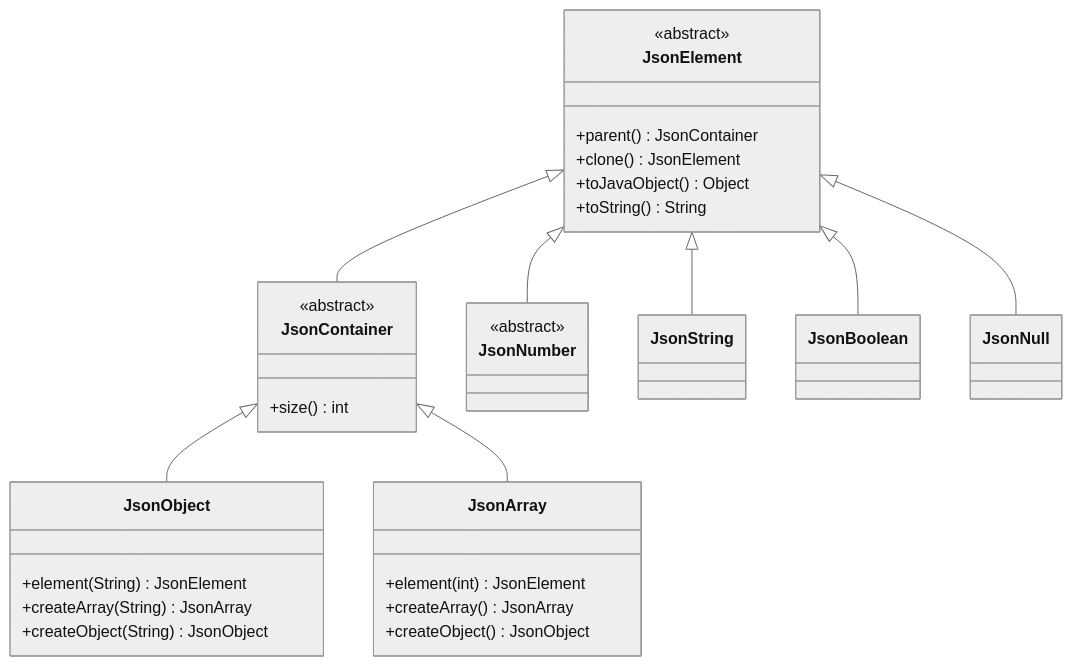
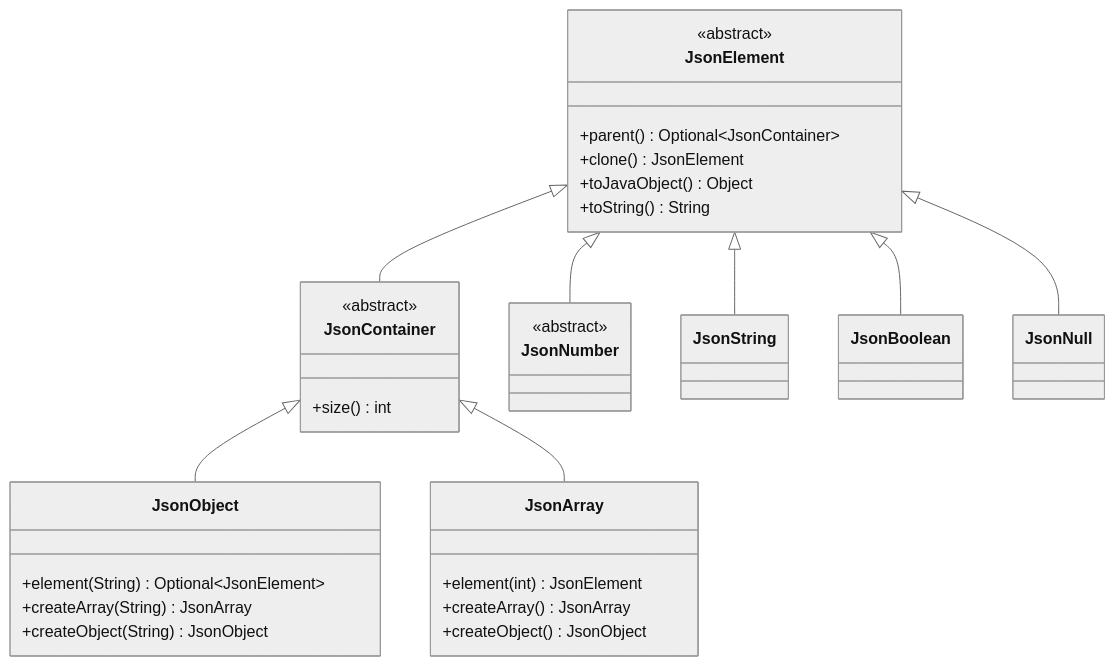
One commit to kniazkov/json changed the first of 5 diagrams in docs/public-api.md. Above: the diagram before and after it, drawn with Mermaid (neutral theme). The commit also changed other lines of this file and 45 other files, not shown here.

````diff
--- a/docs/public-api.md
+++ b/docs/public-api.md
@@ -15,35 +15,35 @@
 ```mermaid
 classDiagram
     direction TB
     class JsonElement {
         <<abstract>>
-        +parent() JsonContainer
+        +parent() Optional~JsonContainer~
         +clone() JsonElement
         +toJavaObject() Object
         +toString() String
     }
     class JsonContainer {
         <<abstract>>
         +size() int
     }
     class JsonNumber {
         <<abstract>>
     }
     class JsonObject {
-        +element(String) JsonElement
+        +element(String) Optional~JsonElement~
         +createArray(String) JsonArray
         +createObject(String) JsonObject
     }
     class JsonArray {
         +element(int) JsonElement
         +createArray() JsonArray
         +createObject() JsonObject
     }
     JsonElement <|-- JsonContainer
     JsonElement <|-- JsonNumber
     JsonElement <|-- JsonString
     JsonElement <|-- JsonBoolean
     JsonElement <|-- JsonNull
     JsonContainer <|-- JsonObject
     JsonContainer <|-- JsonArray
 ```
````
